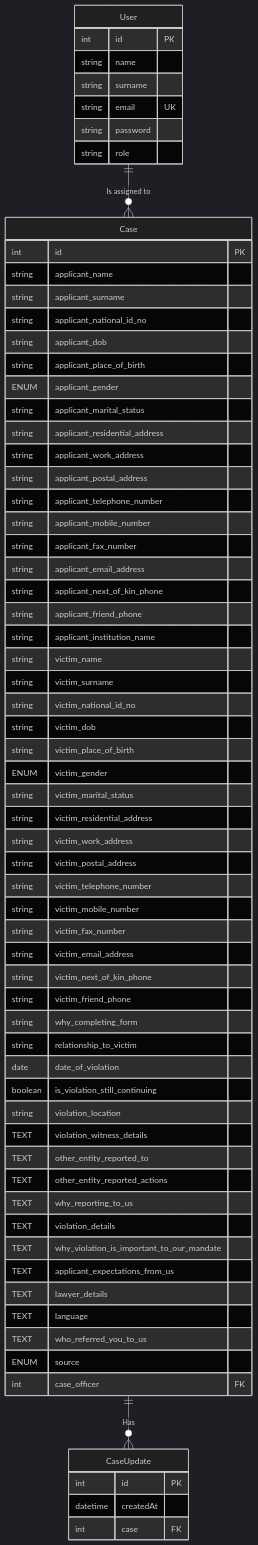
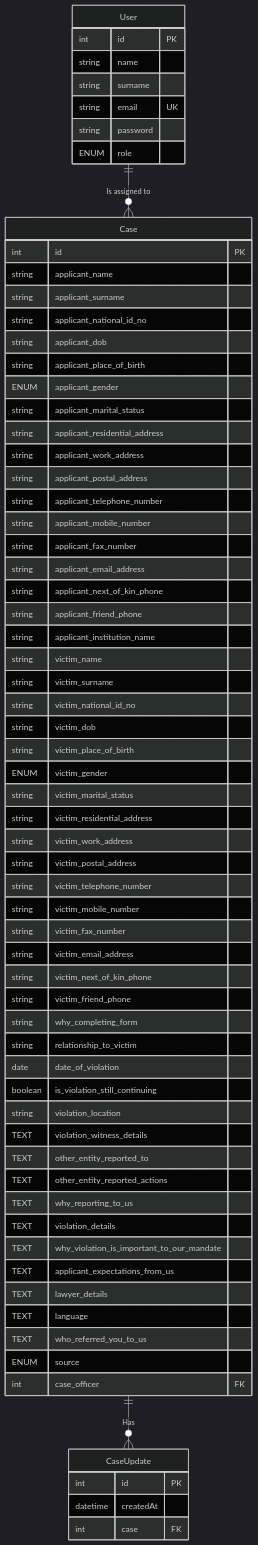
Before and after one commit to hilaar28/zgc-case-management: the diagram in design/ERD.md, drawn with Mermaid (dark theme).

Commit message:
added role attribute to User

````diff
--- a/design/ERD.md
+++ b/design/ERD.md
@@ -1,81 +1,81 @@
 ```mermaid
 erDiagram
    User {
       int id PK
       string name
       string surname
       string email UK
       string password
-      string role
+      ENUM role
    }
 
    Case {
       int id PK
    
       string applicant_name
       string applicant_surname
       string applicant_national_id_no
       string applicant_dob
       string applicant_place_of_birth
       ENUM   applicant_gender
       string applicant_marital_status
       string applicant_residential_address
       string applicant_work_address
       string applicant_postal_address
       string applicant_telephone_number
       string applicant_mobile_number
       string applicant_fax_number
       string applicant_email_address
       string applicant_next_of_kin_phone
       string applicant_friend_phone
       string applicant_institution_name
 
       string victim_name
       string victim_surname
       string victim_national_id_no
       string victim_dob
       string victim_place_of_birth
       ENUM   victim_gender
       string victim_marital_status
       string victim_residential_address
       string victim_work_address
       string victim_postal_address
       string victim_telephone_number
       string victim_mobile_number
       string victim_fax_number
       string victim_email_address
       string victim_next_of_kin_phone
       string victim_friend_phone
       string why_completing_form
       string relationship_to_victim
       
       date date_of_violation
       boolean is_violation_still_continuing
       string violation_location
       TEXT violation_witness_details
       TEXT other_entity_reported_to
       TEXT other_entity_reported_actions
       TEXT why_reporting_to_us
       TEXT violation_details
       TEXT why_violation_is_important_to_our_mandate
       TEXT applicant_expectations_from_us
       TEXT lawyer_details
       TEXT language
       TEXT who_referred_you_to_us
 
 
       ENUM source
       int case_officer FK
 
    }
 
    CaseUpdate {
       int id PK
       datetime createdAt
       int case FK
    }
 
    Case ||--o{ CaseUpdate: "Has"
    User ||--o{ Case: "Is assigned to"
 
 ```
````
